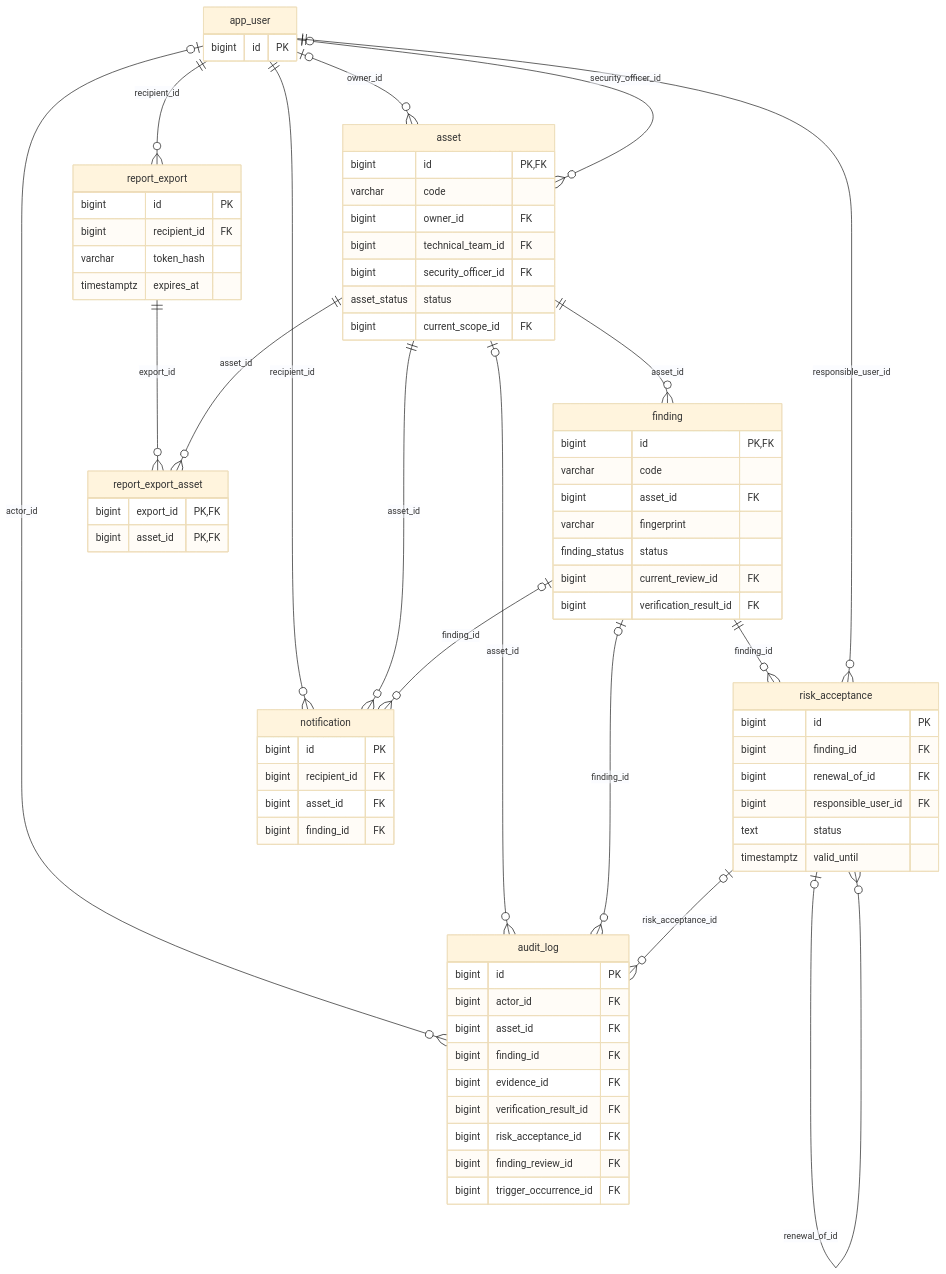
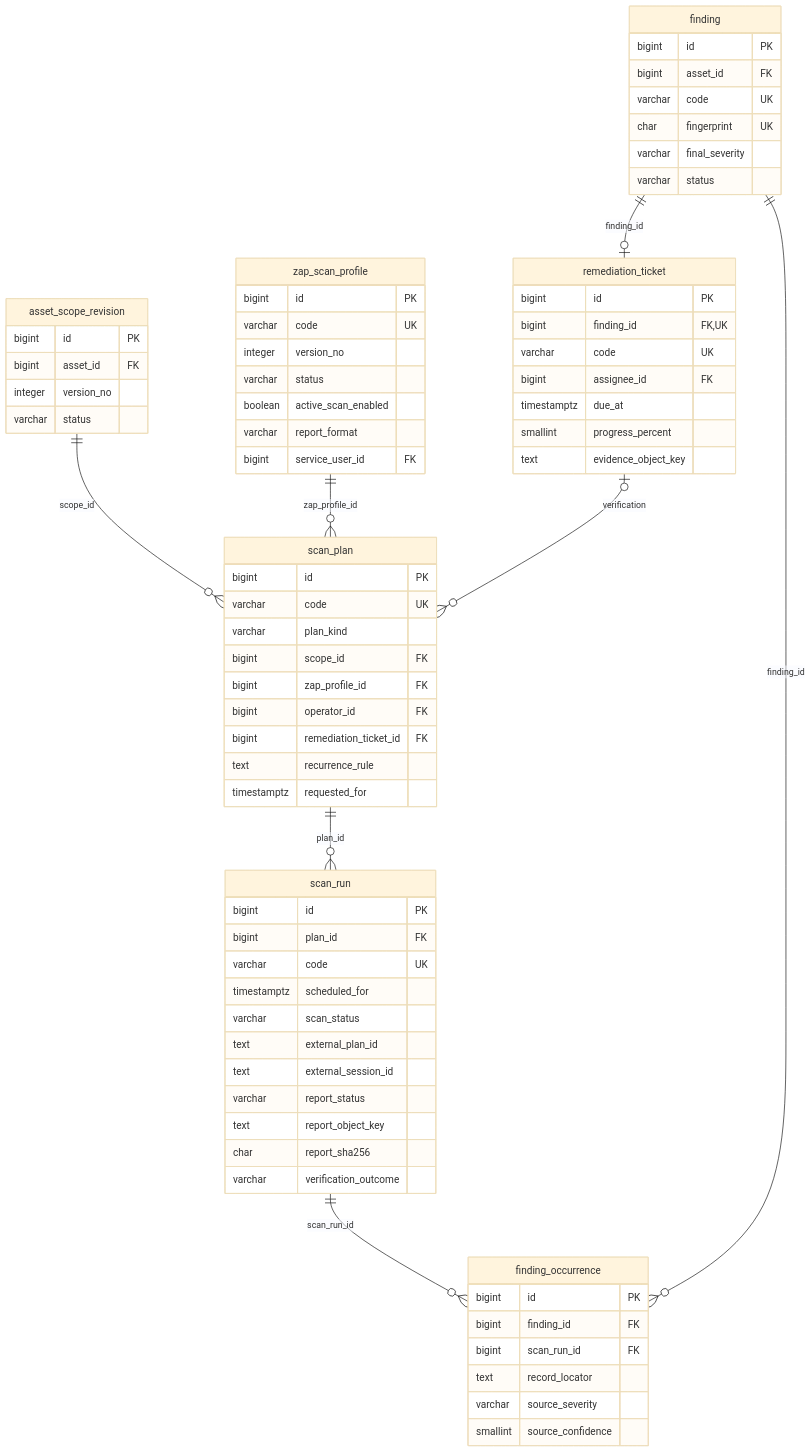
One commit to anhtuanptit074/MP_HTQLHDK changed the third of 3 diagrams in database/03_so_do_erd.md. Above: the diagram before and after it, drawn with Mermaid (base theme). The commit also changed other lines of this file and 238 other files, not shown here.

````diff
--- a/database/03_so_do_erd.md
+++ b/database/03_so_do_erd.md
@@ -271,75 +240,75 @@
 ```mermaid
 erDiagram
-    app_user {
+    asset_scope_revision {
         bigint id PK
+        bigint asset_id FK
+        integer version_no
+        varchar status
     }
-    asset {
-        bigint id PK, FK
-        varchar code
-        bigint owner_id FK
-        bigint technical_team_id FK
-        bigint security_officer_id FK
-        asset_status status
-        bigint current_scope_id FK
+    zap_scan_profile {
+        bigint id PK
+        varchar code UK
+        integer version_no
+        varchar status
+        boolean active_scan_enabled
+        varchar report_format
+        bigint service_user_id FK
+    }
+    scan_plan {
+        bigint id PK
+        varchar code UK
+        varchar plan_kind
+        bigint scope_id FK
+        bigint zap_profile_id FK
+        bigint operator_id FK
+        bigint remediation_ticket_id FK
+        text recurrence_rule
+        timestamptz requested_for
+    }
+    scan_run {
+        bigint id PK
+        bigint plan_id FK
+        varchar code UK
+        timestamptz scheduled_for
+        varchar scan_status
+        text external_plan_id
+        text external_session_id
+        varchar report_status
+        text report_object_key
+        char report_sha256
+        varchar verification_outcome
     }
     finding {
-        bigint id PK, FK
-        varchar code
+        bigint id PK
         bigint asset_id FK
-        varchar fingerprint
-        finding_status status
-        bigint current_review_id FK
-        bigint verification_result_id FK
+        varchar code UK
+        char fingerprint UK
+        varchar final_severity
+        varchar status
     }
-    risk_acceptance {
+    finding_occurrence {
         bigint id PK
         bigint finding_id FK
-        bigint renewal_of_id FK
-        bigint responsible_user_id FK
-        text status
-        timestamptz valid_until
+        bigint scan_run_id FK
+        text record_locator
+        varchar source_severity
+        smallint source_confidence
     }
-    audit_log {
+    remediation_ticket {
         bigint id PK
-        bigint actor_id FK
-        bigint asset_id FK
-        bigint finding_id FK
-        bigint evidence_id FK
-        bigint verification_result_id FK
-        bigint risk_acceptance_id FK
-        bigint finding_review_id FK
-        bigint trigger_occurrence_id FK
+        bigint finding_id FK,UK
+        varchar code UK
+        bigint assignee_id FK
+        timestamptz due_at
+        smallint progress_percent
+        text evidence_object_key
     }
-    report_export {
-        bigint id PK
-        bigint recipient_id FK
-        varchar token_hash
-        timestamptz expires_at
-    }
-    report_export_asset {
-        bigint export_id PK, FK
-        bigint asset_id PK, FK
-    }
-    notification {
-        bigint id PK
-        bigint recipient_id FK
-        bigint asset_id FK
-        bigint finding_id FK
-    }
-    app_user |o--o{ asset : "owner_id"
-    app_user |o--o{ asset : "security_officer_id"
-    asset ||--o{ finding : "asset_id"
-    finding ||--o{ risk_acceptance : "finding_id"
-    risk_acceptance |o--o{ risk_acceptance : "renewal_of_id"
-    app_user ||--o{ risk_acceptance : "responsible_user_id"
-    app_user |o--o{ audit_log : "actor_id"
-    asset |o--o{ audit_log : "asset_id"
-    finding |o--o{ audit_log : "finding_id"
-    risk_acceptance |o--o{ audit_log : "risk_acceptance_id"
-    app_user ||--o{ report_export : "recipient_id"
-    report_export ||--o{ report_export_asset : "export_id"
-    asset ||--o{ report_export_asset : "asset_id"
-    app_user ||--o{ notification : "recipient_id"
-    asset ||--o{ notification : "asset_id"
-    finding |o--o{ notification : "finding_id"
+
+    asset_scope_revision ||--o{ scan_plan : "scope_id"
+    zap_scan_profile ||--o{ scan_plan : "zap_profile_id"
+    remediation_ticket |o--o{ scan_plan : "verification"
+    scan_plan ||--o{ scan_run : "plan_id"
+    scan_run ||--o{ finding_occurrence : "scan_run_id"
+    finding ||--o{ finding_occurrence : "finding_id"
+    finding ||--o| remediation_ticket : "finding_id"
 ```
````
